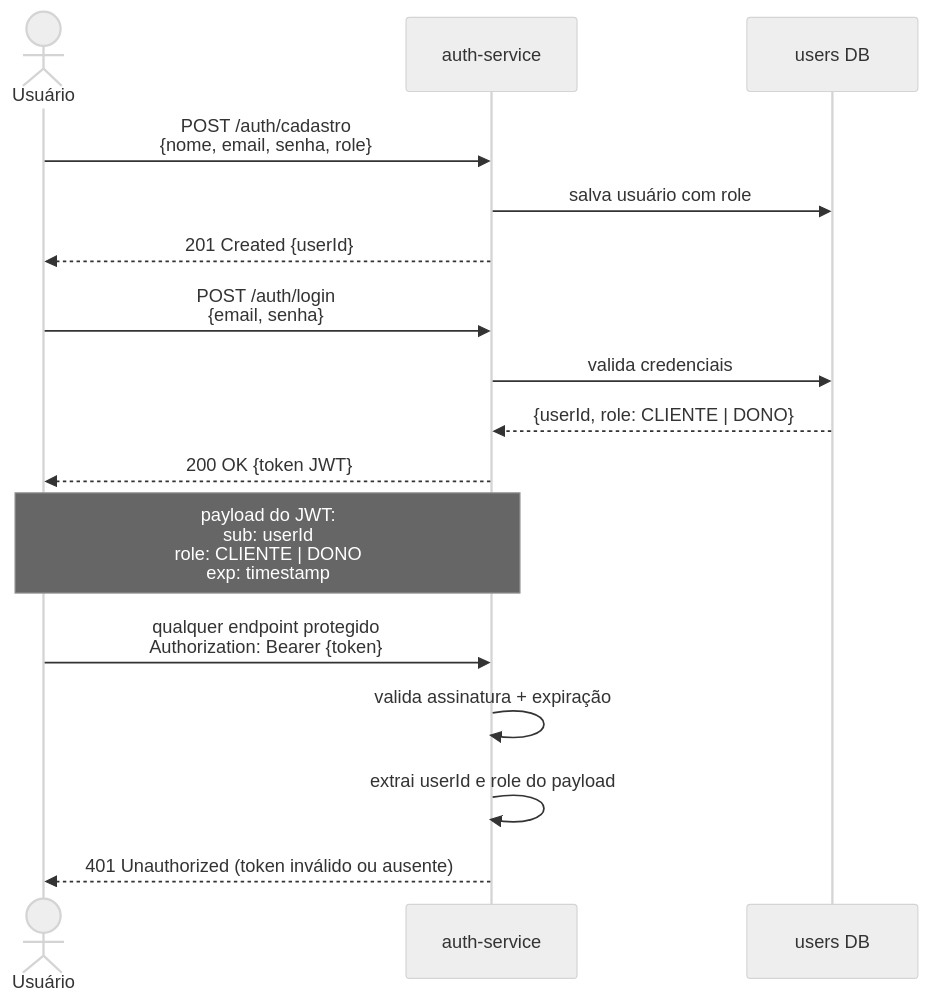
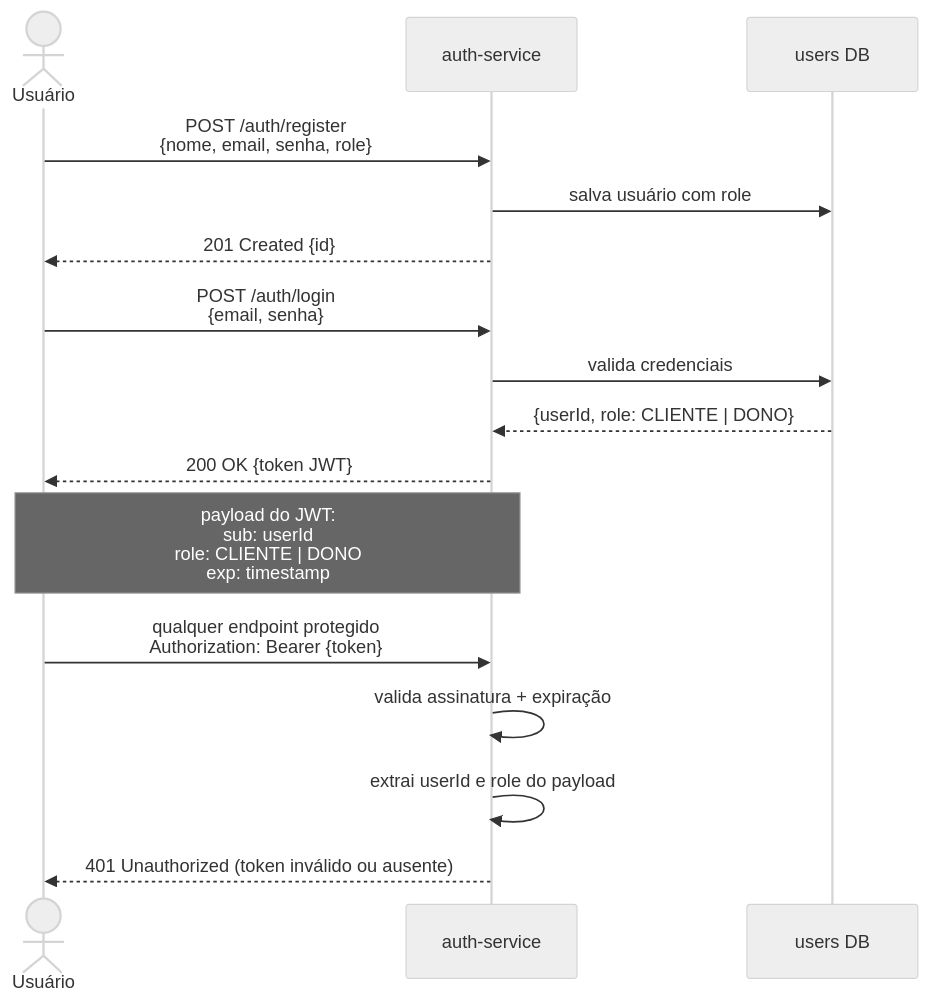
The first of 2 diagrams in docs/autenticacao.md (HugoOliveiraSoares/tech-challenge-iii), drawn with Mermaid (neutral theme) before and after one commit. The commit also changed 7 other files, not shown here.

````diff
--- a/docs/autenticacao.md
+++ b/docs/autenticacao.md
@@ -5,22 +5,22 @@
 ```mermaid
 sequenceDiagram
     actor U as Usuário
     participant Auth as auth-service
     participant DB as users DB
 
-    U->>Auth: POST /auth/cadastro<br/>{nome, email, senha, role}
+    U->>Auth: POST /auth/register<br/>{nome, email, senha, role}
     Auth->>DB: salva usuário com role
-    Auth-->>U: 201 Created {userId}
+    Auth-->>U: 201 Created {id}
 
     U->>Auth: POST /auth/login<br/>{email, senha}
     Auth->>DB: valida credenciais
     DB-->>Auth: {userId, role: CLIENTE | DONO}
     Auth-->>U: 200 OK {token JWT}
 
     Note over U,Auth: payload do JWT:<br/>sub: userId<br/>role: CLIENTE | DONO<br/>exp: timestamp
 
     U->>Auth: qualquer endpoint protegido<br/>Authorization: Bearer {token}
     Auth->>Auth: valida assinatura + expiração
     Auth->>Auth: extrai userId e role do payload
     Auth-->>U: 401 Unauthorized (token inválido ou ausente)
 ```
````
